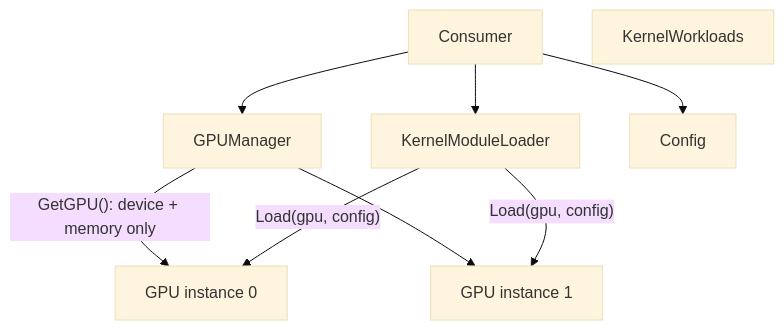
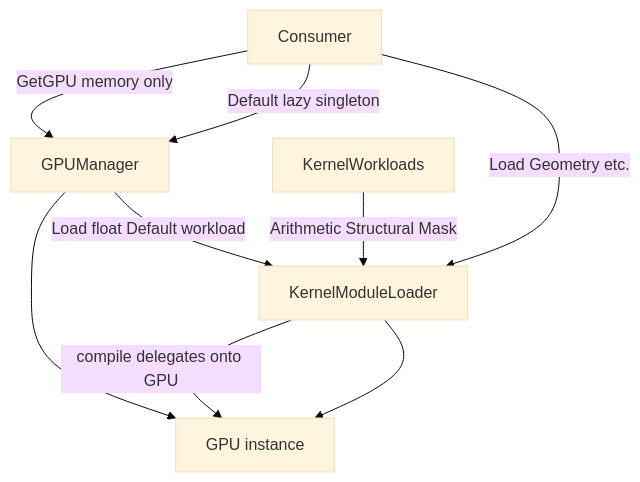
Before and after one commit to MPSQUARK/BAVCL: the fifth of 6 diagrams in Documentation/BAVCLSpecification.md, drawn with Mermaid (base theme). The commit also changed other lines of this file, not shown here.

Commit message:
diagrams updated

````diff
--- a/Documentation/BAVCLSpecification.md
+++ b/Documentation/BAVCLSpecification.md
@@ -322,17 +370,17 @@
 ```mermaid
 flowchart TD
     Consumer[Consumer]
-    GPUManager[GPUManager]
-    Workloads[KernelWorkloads]
+    GM[GPUManager]
+    WL[KernelWorkloads]
     Loader[KernelModuleLoader]
-    GPU0[GPU instance 0]
-    GPU1[GPU instance 1]
+    GPU0[GPU instance]
 
-    Consumer --> GPUManager
-    GPUManager -->|"GetGPU(): device + memory only"| GPU0
-    GPUManager --> GPU1
-    Consumer --> Config
-    Consumer --> Loader
-    Loader -->|"Load(gpu, config)"| GPU0
-    Loader -->|"Load(gpu, config)"| GPU1
+    Consumer -->|"GetGPU memory only"| GM
+    GM --> GPU0
+    Consumer -->|"Default lazy singleton"| GM
+    GM -->|"Load float Default workload"| Loader
+    WL -->|"Arithmetic Structural Mask"| Loader
+    Loader -->|"compile delegates onto GPU"| GPU0
+    Consumer -->|"Load Geometry etc."| Loader
+    Loader --> GPU0
 ```
````
